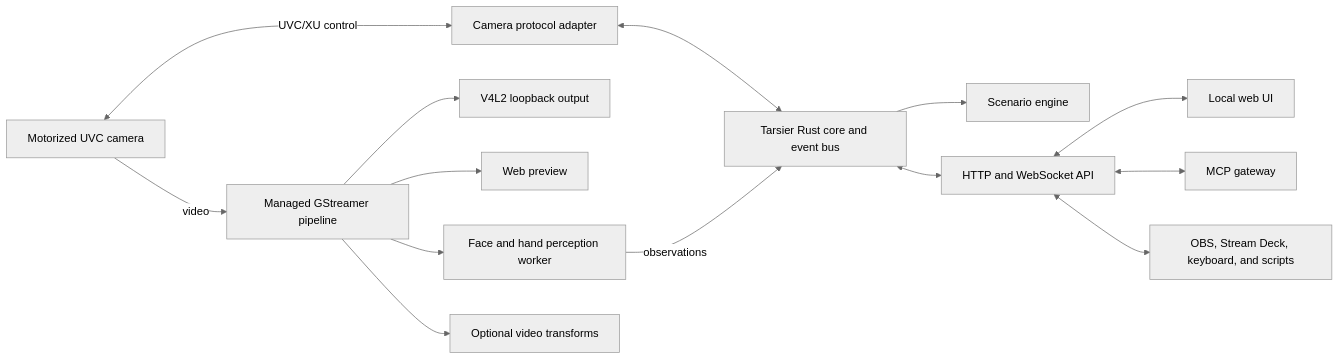
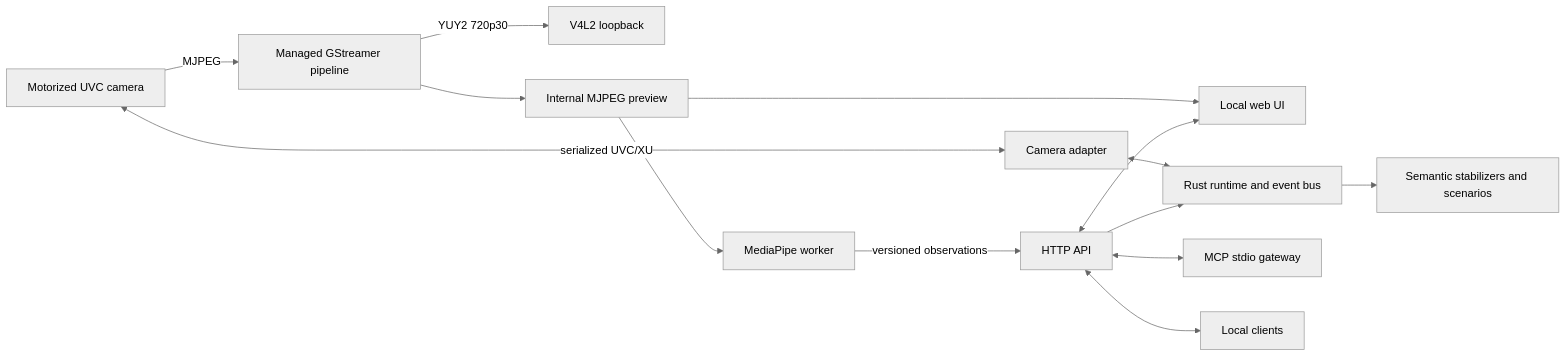
The diagram in README.md (dguerizec/tarsier), drawn with Mermaid (neutral theme) before and after one commit. The commit also changed other lines of this file and 1 other file, not shown here.

````diff
--- a/README.md
+++ b/README.md
@@ -47,18 +43,18 @@
 ```mermaid
 flowchart LR
-    Camera[Motorized UVC camera] -->|video| Pipeline[Managed GStreamer pipeline]
-    Camera <-->|UVC/XU control| Driver[Camera protocol adapter]
+    Camera[Motorized UVC camera] -->|MJPEG| Pipeline[Managed GStreamer pipeline]
+    Camera <-->|serialized UVC/XU| Adapter[Camera adapter]
 
-    Pipeline --> Loopback[V4L2 loopback output]
-    Pipeline --> Preview[Web preview]
-    Pipeline --> Perception[Face and hand perception worker]
-    Pipeline --> Transform[Optional video transforms]
+    Pipeline -->|YUY2 720p30| Loopback[V4L2 loopback]
+    Pipeline --> Preview[Internal MJPEG preview]
+    Preview --> UI[Local web UI]
+    Preview --> Worker[MediaPipe worker]
 
-    Driver <--> Core[Tarsier Rust core and event bus]
-    Perception -->|observations| Core
-    Core --> Scenarios[Scenario engine]
-    Core <--> API[HTTP and WebSocket API]
-    API <--> WebUI[Local web UI]
-    API <--> MCP[MCP gateway]
-    API <--> Controls[OBS, Stream Deck, keyboard, and scripts]
+    Adapter <--> Core[Rust runtime and event bus]
+    Worker -->|versioned observations| API[HTTP API]
+    API --> Core
+    Core --> Scenarios[Semantic stabilizers and scenarios]
+    API <--> UI
+    API <--> MCP[MCP stdio gateway]
+    API <--> Clients[Local clients]
 ```
````
